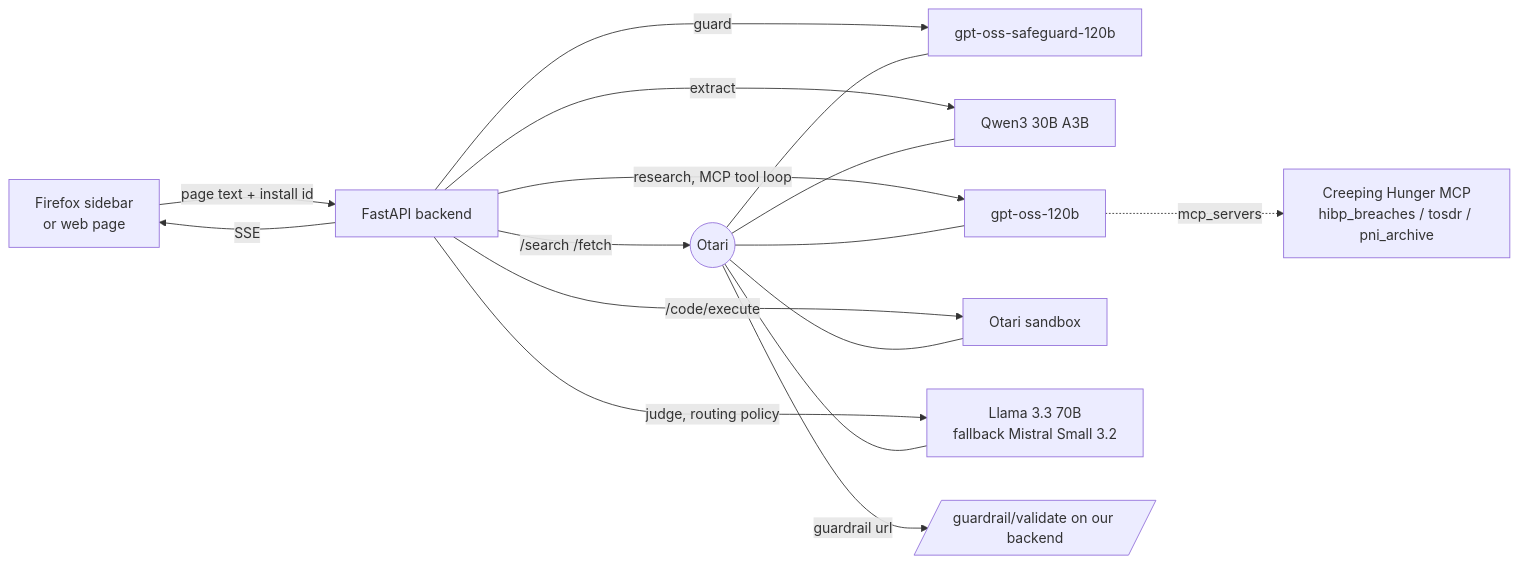
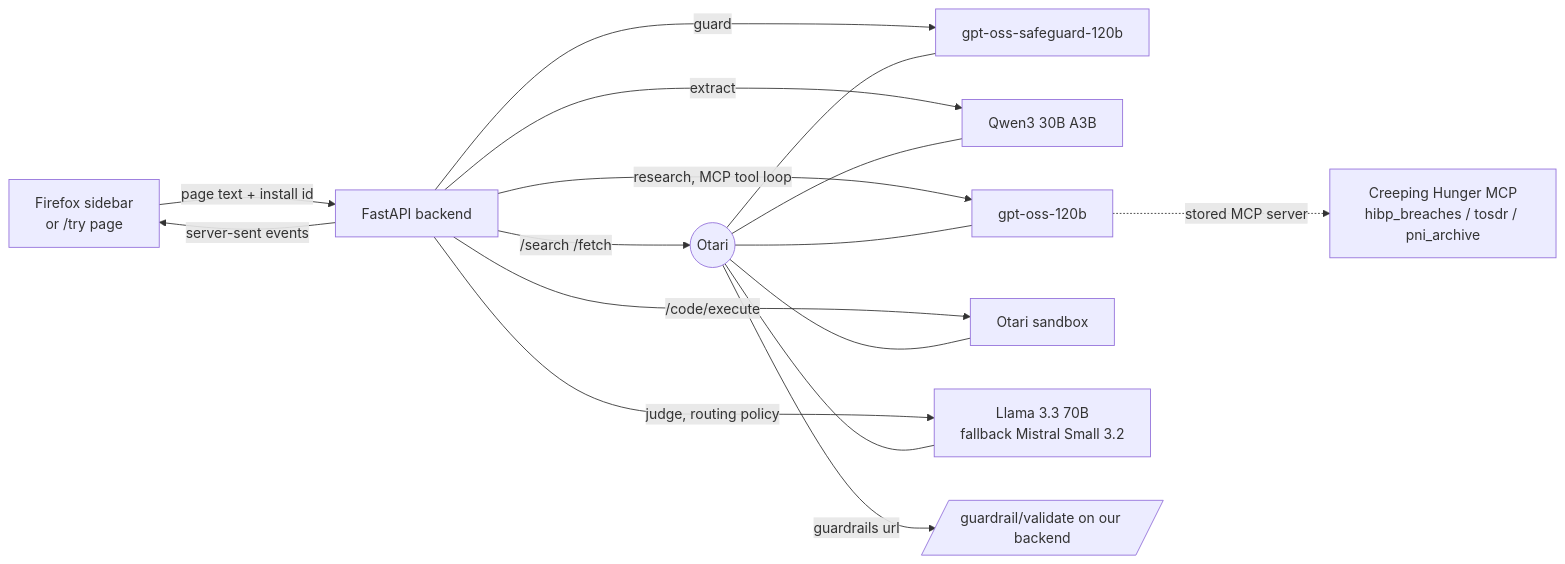
Before and after one commit to subheeksh5599/creeping-hunger: the diagram in README.md, drawn with Mermaid. The commit also changed other lines of this file and 3 other files, not shown here.

````diff
--- a/README.md
+++ b/README.md
@@ -17,14 +48,14 @@
 ```mermaid
 flowchart LR
-  S[Firefox sidebar<br/>or web page] -->|page text + install id| B[FastAPI backend]
+  S[Firefox sidebar<br/>or /try page] -->|page text + install id| B[FastAPI backend]
   B -->|/search /fetch| O((Otari))
   B -->|guard| G[gpt-oss-safeguard-120b]
   B -->|extract| Q[Qwen3 30B A3B]
   B -->|research, MCP tool loop| R[gpt-oss-120b]
-  R -.->|mcp_servers| M[Creeping Hunger MCP<br/>hibp_breaches / tosdr / pni_archive]
+  R -.->|stored MCP server| M[Creeping Hunger MCP<br/>hibp_breaches / tosdr / pni_archive]
   B -->|/code/execute| C[Otari sandbox]
   B -->|judge, routing policy| J[Llama 3.3 70B<br/>fallback Mistral Small 3.2]
   O --- G & Q & R & C & J
-  O -->|guardrail url| V[/guardrail/validate on our backend/]
-  B -->|SSE| S
+  O -->|guardrails url| V[/guardrail/validate on our backend/]
+  B -->|server-sent events| S
 ```
````
